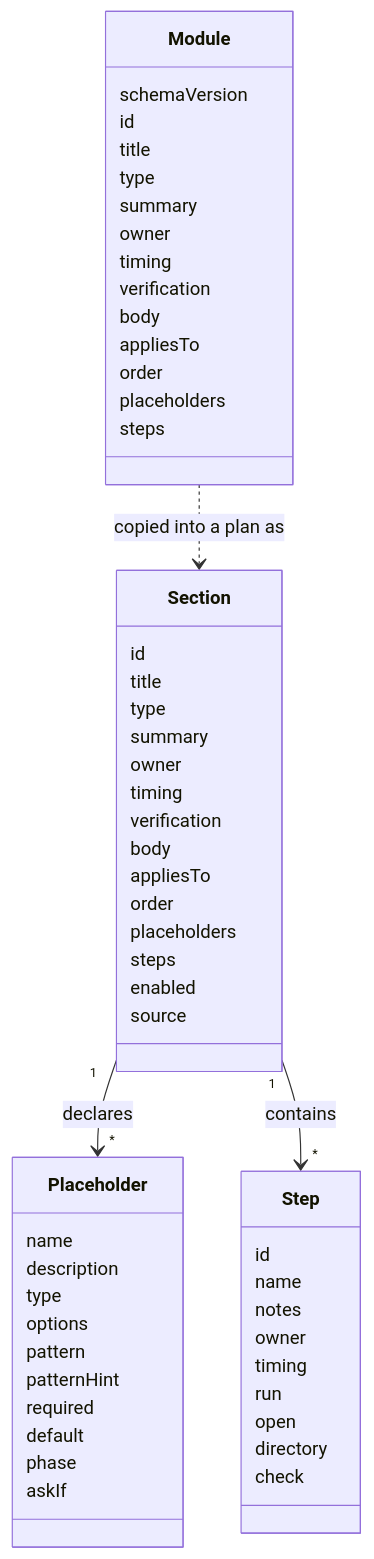
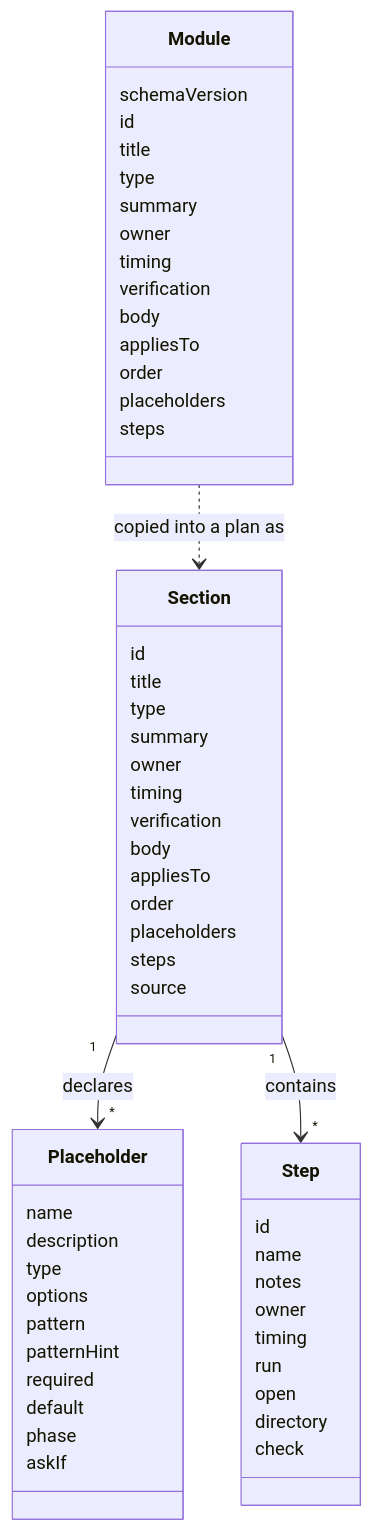
Before and after one commit to 8thlight-daveloper/onboard-kit: the diagram in docs/architecture/05-module-schema.md, drawn with Mermaid. The commit also changed other lines of this file and 9 other files, not shown here.

````diff
--- a/docs/architecture/05-module-schema.md
+++ b/docs/architecture/05-module-schema.md
@@ -7,61 +7,60 @@
 ```mermaid
 classDiagram
     class Module {
         schemaVersion
         id
         title
         type
         summary
         owner
         timing
         verification
         body
         appliesTo
         order
         placeholders
         steps
     }
     class Section {
         id
         title
         type
         summary
         owner
         timing
         verification
         body
         appliesTo
         order
         placeholders
         steps
-        enabled
         source
     }
     class Step {
         id
         name
         notes
         owner
         timing
         run
         open
         directory
         check
     }
     class Placeholder {
         name
         description
         type
         options
         pattern
         patternHint
         required
         default
         phase
         askIf
     }
 
     Module ..> Section : copied into a plan as
     Section "1" --> "*" Placeholder : declares
     Section "1" --> "*" Step : contains
 ```
````
